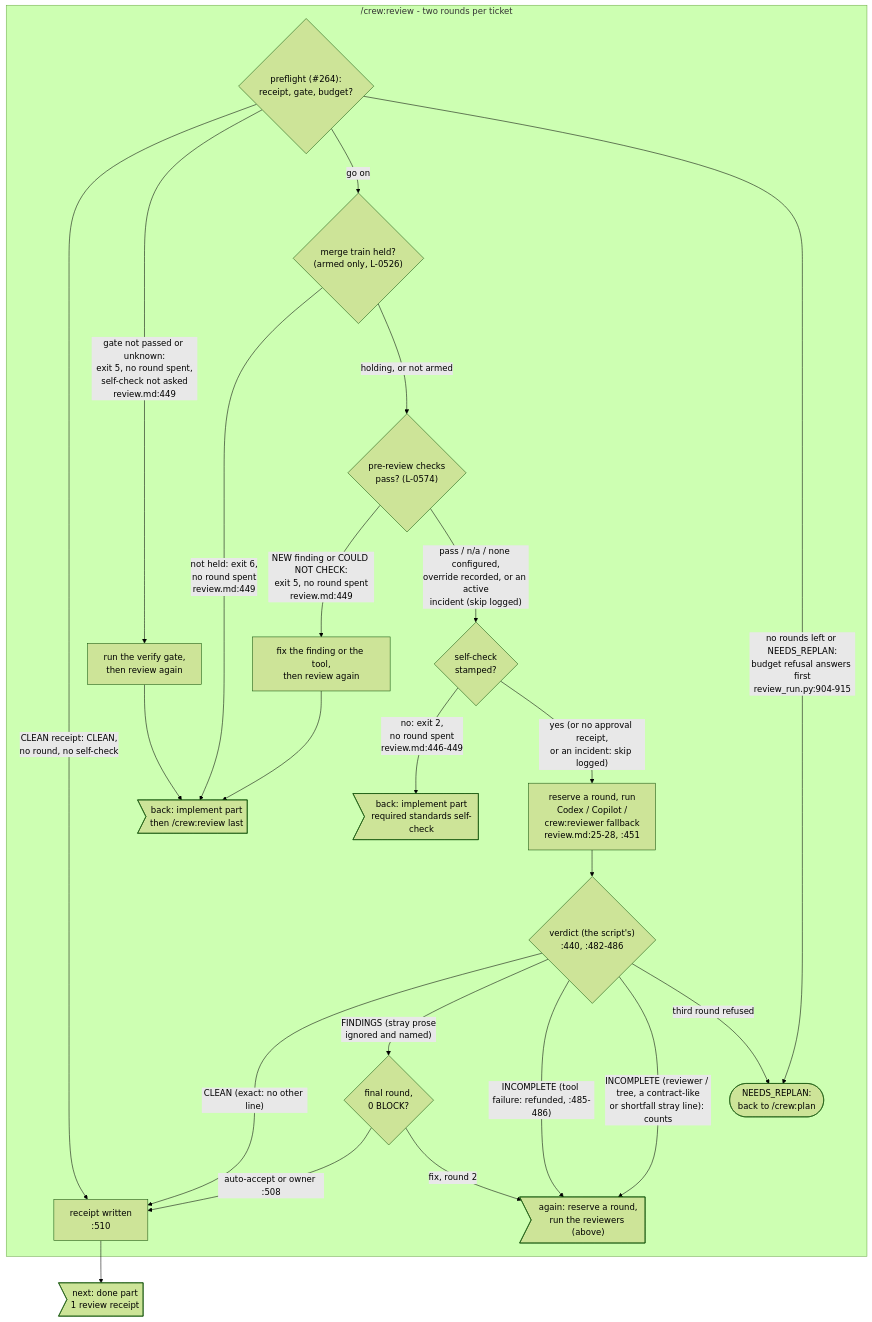
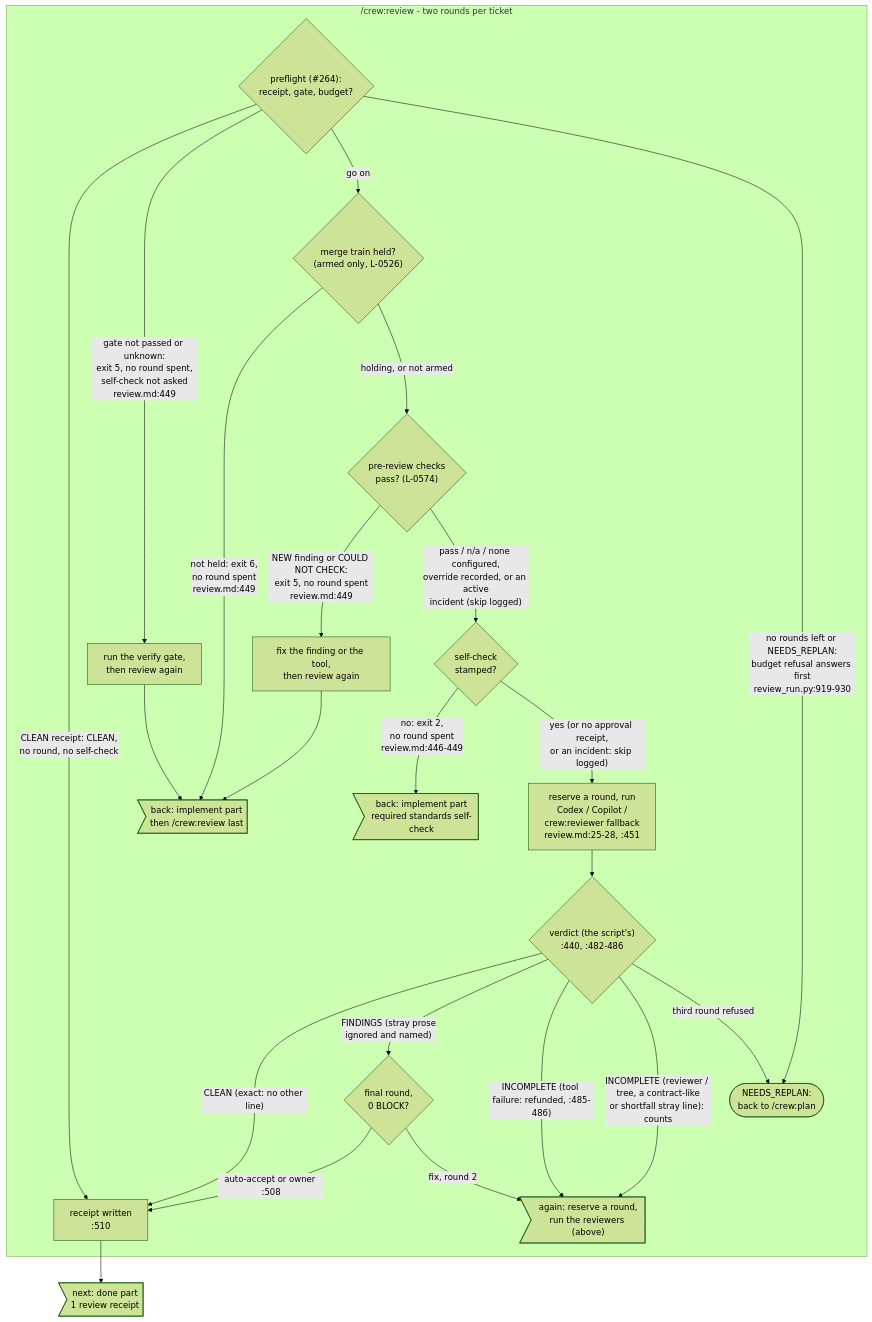
Before and after one commit to mbadali25/useful-claude-add-ons: diagram 30 of 36 in docs/diagrams/README.md, drawn with Mermaid (forest theme). The commit also changed other lines of this file and 7 other files, not shown here.

First line of the commit message:
L-0526 review round 1: re-anchor crew.md and INDEX to 2fd5f846; review diagram notes; external-tool-formats citations; rules

````diff
--- a/docs/diagrams/README.md
+++ b/docs/diagrams/README.md
@@ -1121,31 +1121,31 @@
 ```mermaid
 flowchart TB
     subgraph review["/crew:review - two rounds per ticket"]
         pf0{"preflight (#264):<br/>receipt, gate, budget?"}
         pf0 -- "CLEAN receipt: CLEAN,<br/>no round, no self-check" --> rcpt
         pf0 -- "gate not passed or unknown:<br/>exit 5, no round spent,<br/>self-check not asked<br/>review.md:449" --> vg0["run the verify gate,<br/>then review again"]
         vg0 --> to_im5
         pf0 -- "go on" --> tr0{"merge train held?<br/>(armed only, L-0526)"}
         tr0 -- "not held: exit 6,<br/>no round spent<br/>review.md:449" --> to_im5
         tr0 -- "holding, or not armed" --> pr0{"pre-review checks<br/>pass? (L-0574)"}
         pr0 -- "NEW finding or COULD NOT CHECK:<br/>exit 5, no round spent<br/>review.md:449" --> fx0["fix the finding or the tool,<br/>then review again"]
         fx0 --> to_im5
         pr0 -- "pass / n/a / none configured,<br/>override recorded, or an active<br/>incident (skip logged)" --> rv0{"self-check<br/>stamped?"}
-        pf0 -- "no rounds left or NEEDS_REPLAN:<br/>budget refusal answers first<br/>review_run.py:904-915" --> replan
+        pf0 -- "no rounds left or NEEDS_REPLAN:<br/>budget refusal answers first<br/>review_run.py:919-930" --> replan
         rv0 -- "no: exit 2,<br/>no round spent<br/>review.md:446-449" --> to_sc1
         rv0 -- "yes (or no approval receipt,<br/>or an incident: skip logged)" --> rv1["reserve a round, run<br/>Codex / Copilot /<br/>crew:reviewer fallback<br/>review.md:25-28, :451"]
         rv1 --> rv2{"verdict (the script's)<br/>:440, :482-486"}
         rv2 -- "CLEAN (exact: no other line)" --> rcpt["receipt written<br/>:510"]
         rv2 -- "FINDINGS (stray prose<br/>ignored and named)" --> rv3{"final round,<br/>0 BLOCK?"}
         rv3 -- "auto-accept or owner :508" --> rcpt
         rv3 -- "fix, round 2" --> again_rv1
         rv2 -- "INCOMPLETE (tool failure: refunded, :485-486)" --> again_rv1
         rv2 -- "INCOMPLETE (reviewer / tree, a contract-like<br/>or shortfall stray line): counts" --> again_rv1
         rv2 -- "third round refused" --> replan([NEEDS_REPLAN:<br/>back to /crew:plan])
     end
 
     again_rv1>"again: reserve a round,<br/>run the reviewers (above)"]
     to_im5>"back: implement part<br/>then /crew:review last"]
     to_sc1>"back: implement part<br/>required standards self-check"]
     rcpt --> to_dn1>"next: done part<br/>1 review receipt"]
 ```
````
